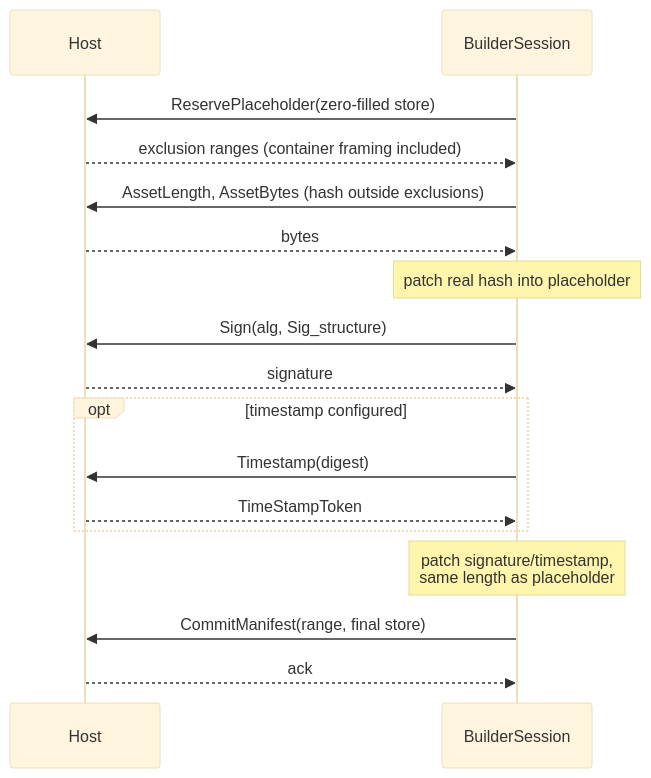
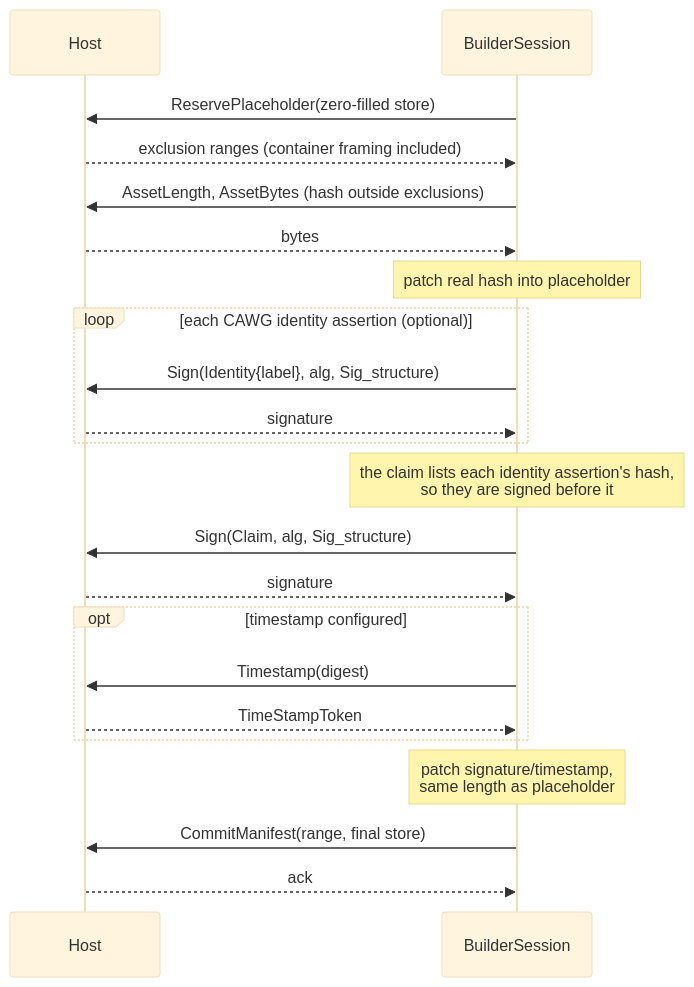
Before and after one commit to scouten/state-machine-experiment: the first of 2 diagrams in docs/walkthrough/04-write-path.md, drawn with Mermaid (base theme). The commit also changed 44 other files, not shown here.

First line of the commit message:
Add CAWG identity assertions (X.509) to the reader and builder (#26)

````diff
--- a/docs/walkthrough/04-write-path.md
+++ b/docs/walkthrough/04-write-path.md
@@ -16,19 +16,24 @@
 ```mermaid
 sequenceDiagram
     participant H as Host
     participant B as BuilderSession
     B->>H: ReservePlaceholder(zero-filled store)
     H-->>B: exclusion ranges (container framing included)
     B->>H: AssetLength, AssetBytes (hash outside exclusions)
     H-->>B: bytes
     Note over B: patch real hash into placeholder
-    B->>H: Sign(alg, Sig_structure)
+    loop each CAWG identity assertion (optional)
+        B->>H: Sign(Identity{label}, alg, Sig_structure)
+        H-->>B: signature
+    end
+    Note over B: the claim lists each identity assertion's hash,<br/>so they are signed before it
+    B->>H: Sign(Claim, alg, Sig_structure)
     H-->>B: signature
     opt timestamp configured
         B->>H: Timestamp(digest)
         H-->>B: TimeStampToken
     end
     Note over B: patch signature/timestamp,<br/>same length as placeholder
     B->>H: CommitManifest(range, final store)
     H-->>B: ack
 ```
````
